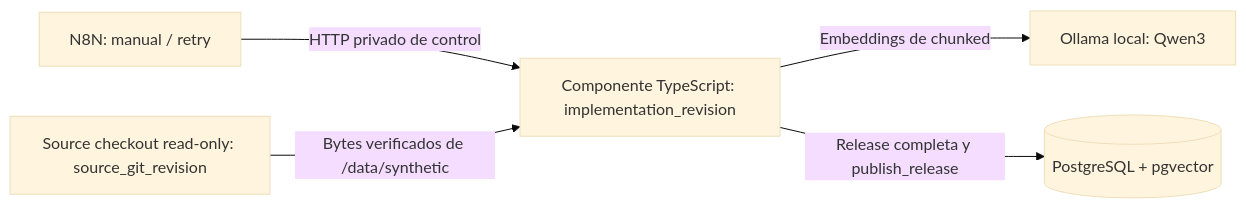
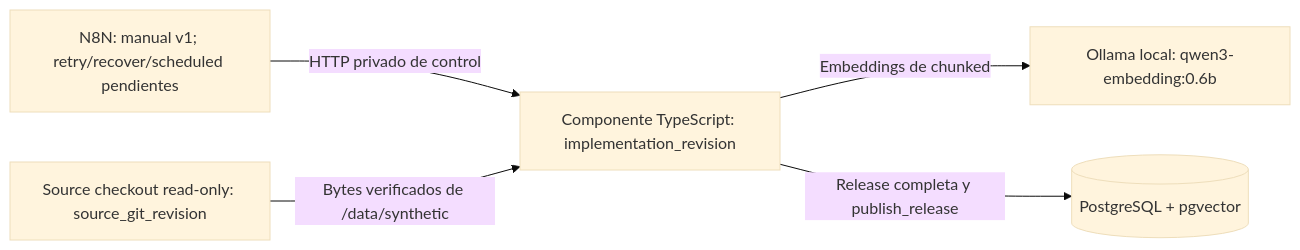
Before and after one commit to XeyKG/BanuChat_: the third of 4 diagrams in docs/arquitectura.md, drawn with Mermaid (base theme). The commit also changed other lines of this file and 22 other files, not shown here.

````diff
--- a/docs/arquitectura.md
+++ b/docs/arquitectura.md
@@ -116,7 +133,7 @@
 ```mermaid
 flowchart LR
-    orchestrator["N8N: manual / retry"] -->|"HTTP privado de control"| ingestion["Componente TypeScript: implementation_revision"]
+    orchestrator["N8N: manual v1; retry/recover/scheduled pendientes"] -->|"HTTP privado de control"| ingestion["Componente TypeScript: implementation_revision"]
     source["Source checkout read-only: source_git_revision"] -->|"Bytes verificados de /data/synthetic"| ingestion
-    ingestion -->|"Embeddings de chunked"| ollama["Ollama local: Qwen3"]
+    ingestion -->|"Embeddings de chunked"| ollama["Ollama local: qwen3-embedding:0.6b"]
     ingestion -->|"Release completa y publish_release"| storage[("PostgreSQL + pgvector")]
 ```
````
